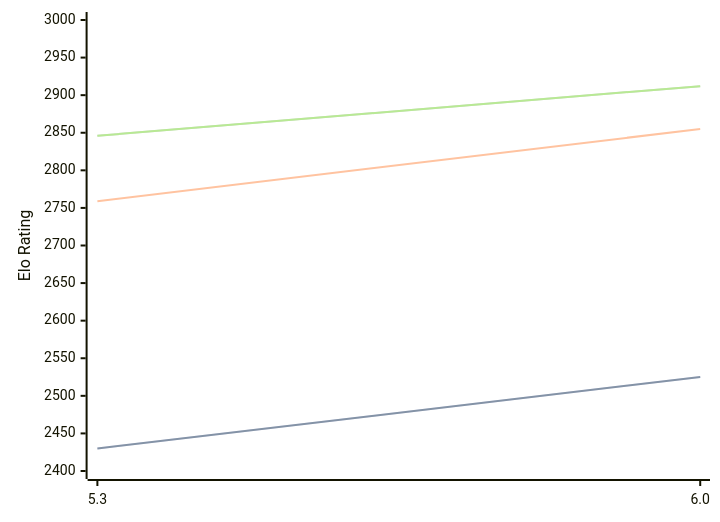
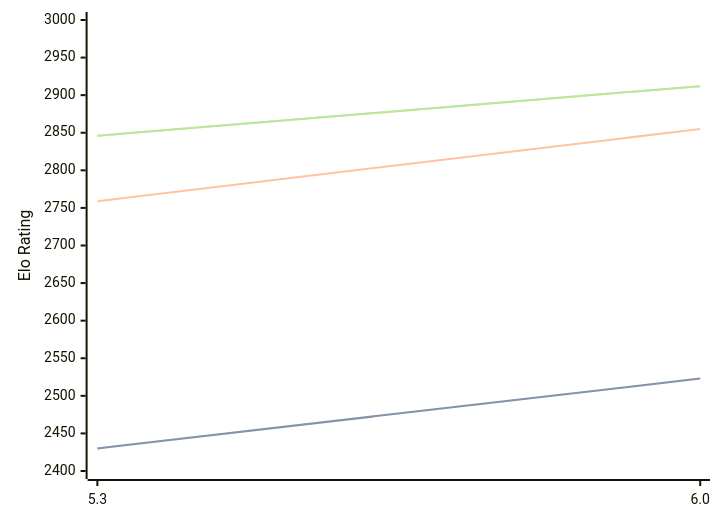
One commit to computer-chess-index/cci changed the diagram in engines/tomitankChess.md. Above: the diagram before and after it, drawn with Mermaid. The commit also changed other lines of this file, not shown here.

Commit message:
Update CCI Ratings (ELO VLTC) - 2026-04-28

````diff
--- a/engines/tomitankChess.md
+++ b/engines/tomitankChess.md
@@ -40,11 +40,11 @@
 ```mermaid
 %%{init: {"theme":"base","themeVariables":{"seriesColors:['#a3a3a3','#222221','#faa371']}}}%%
 xychart-beta
   x-axis ["5.3", "6.0"]
   y-axis "Elo Rating" 2400 --> 3000
-  line "STC (8.0+0.08s)" [2430, 2525]
-  line "STC (8.0+0.08s)" [2430, 2525]
+  line "STC (8.0+0.08s)" [2430, 2523]
+  line "STC (8.0+0.08s)" [2430, 2523]
   line "LTC (60.0+0.60s)" [2759, 2855]
   line "VLTC (2m24s+1.12s)" [2846, 2912]
   line "VLTC (2m24s+1.12s)" [2846, 2912]
 ```
````
